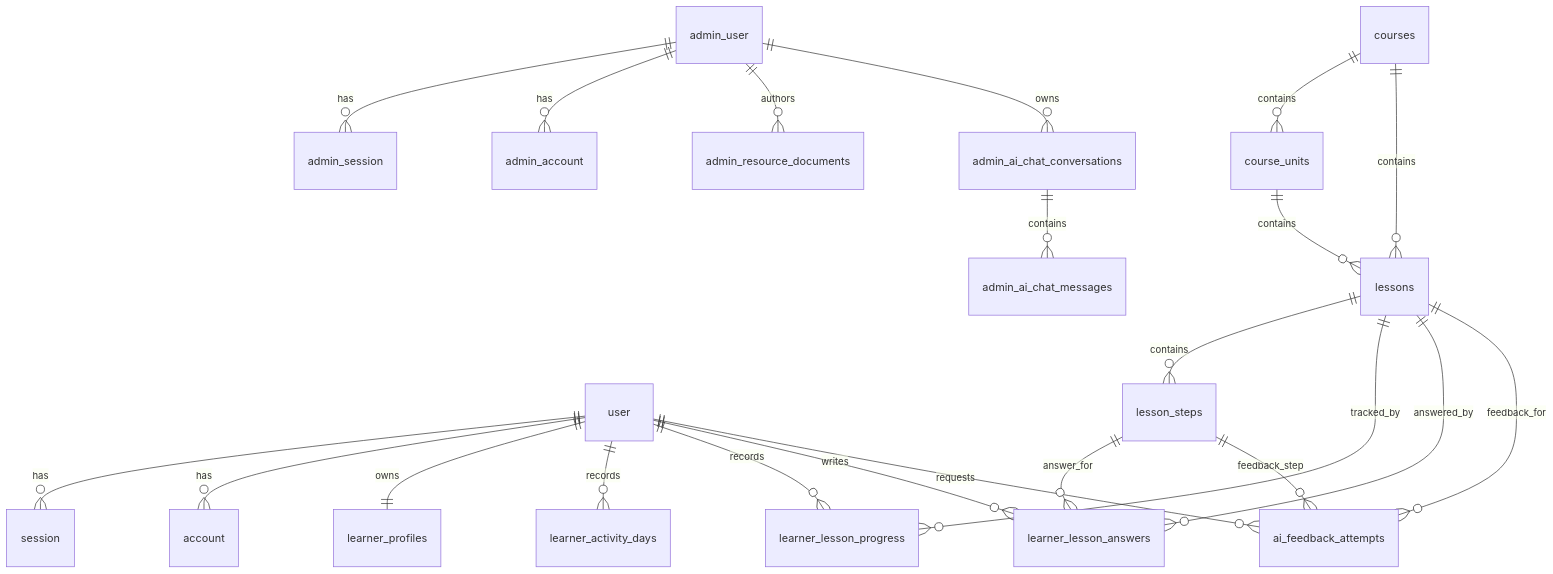
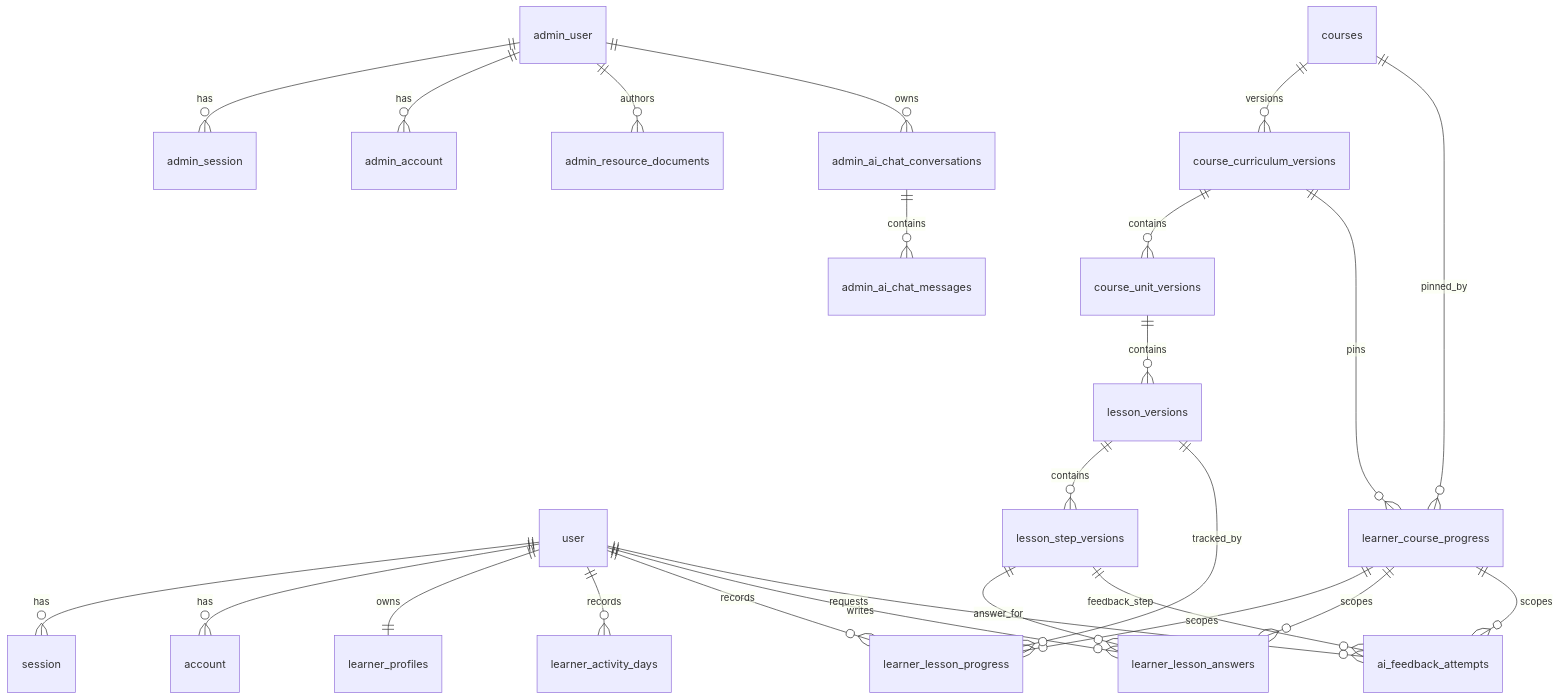
The first of 4 diagrams in docs/engineering/data-model.md (qaws7791/writing-app), drawn with Mermaid before and after one commit. The commit also changed other lines of this file and 282 other files, not shown here.

````diff
--- a/docs/engineering/data-model.md
+++ b/docs/engineering/data-model.md
@@ -25,26 +26,29 @@
 ```mermaid
 erDiagram
   user ||--o{ session : has
   user ||--o{ account : has
   user ||--|| learner_profiles : owns
   user ||--o{ learner_activity_days : records
   user ||--o{ learner_lesson_progress : records
   user ||--o{ learner_lesson_answers : writes
   user ||--o{ ai_feedback_attempts : requests
 
   admin_user ||--o{ admin_session : has
   admin_user ||--o{ admin_account : has
   admin_user ||--o{ admin_resource_documents : authors
   admin_user ||--o{ admin_ai_chat_conversations : owns
 
-  courses ||--o{ course_units : contains
-  courses ||--o{ lessons : contains
-  course_units ||--o{ lessons : contains
-  lessons ||--o{ lesson_steps : contains
-  lessons ||--o{ learner_lesson_progress : tracked_by
-  lessons ||--o{ learner_lesson_answers : answered_by
-  lessons ||--o{ ai_feedback_attempts : feedback_for
-  lesson_steps ||--o{ learner_lesson_answers : answer_for
-  lesson_steps ||--o{ ai_feedback_attempts : feedback_step
+  courses ||--o{ course_curriculum_versions : versions
+  courses ||--o{ learner_course_progress : pinned_by
+  course_curriculum_versions ||--o{ course_unit_versions : contains
+  course_unit_versions ||--o{ lesson_versions : contains
+  lesson_versions ||--o{ lesson_step_versions : contains
+  course_curriculum_versions ||--o{ learner_course_progress : pins
+  learner_course_progress ||--o{ learner_lesson_progress : scopes
+  learner_course_progress ||--o{ learner_lesson_answers : scopes
+  learner_course_progress ||--o{ ai_feedback_attempts : scopes
+  lesson_versions ||--o{ learner_lesson_progress : tracked_by
+  lesson_step_versions ||--o{ learner_lesson_answers : answer_for
+  lesson_step_versions ||--o{ ai_feedback_attempts : feedback_step
   admin_ai_chat_conversations ||--o{ admin_ai_chat_messages : contains
 ```
````
